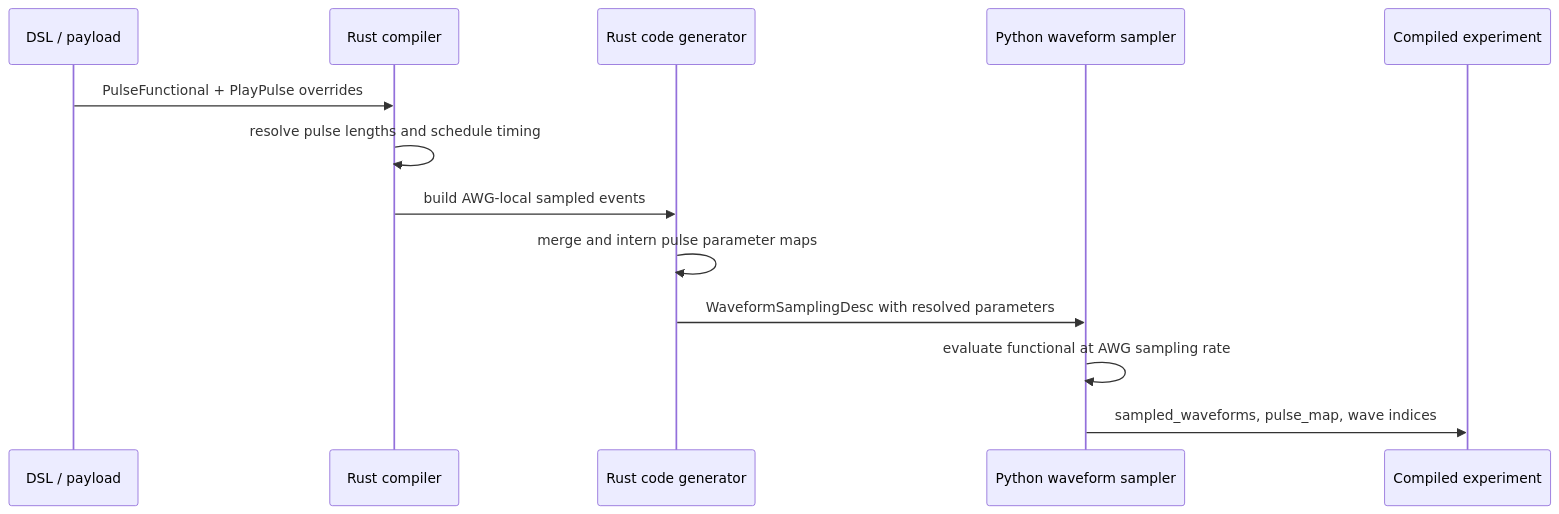
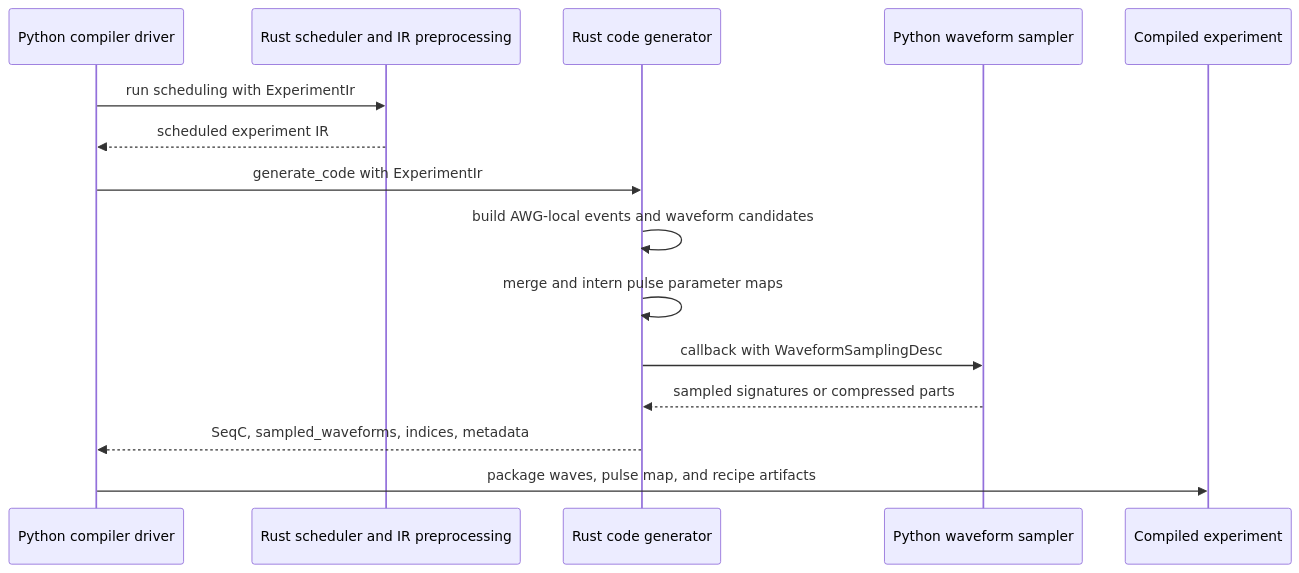
Before and after one commit to brianzi/laboneq-devguide: the third of 5 diagrams in docs/07b-pulse-functionals-and-sweeps.md, drawn with Mermaid. The commit also changed other lines of this file, not shown here.

Commit message:
Clarify pulse sampling compiler boundary

````diff
--- a/docs/07b-pulse-functionals-and-sweeps.md
+++ b/docs/07b-pulse-functionals-and-sweeps.md
@@ -108,15 +110,17 @@
 ```mermaid
 sequenceDiagram
-    participant DSL as DSL / payload
-    participant Rust as Rust compiler
-    participant CG as Rust code generator
-    participant Py as Python waveform sampler
+    participant PyOrch as Python compiler driver
+    participant RustSched as Rust scheduler and IR preprocessing
+    participant RustCG as Rust code generator
+    participant PySampler as Python waveform sampler
     participant Out as Compiled experiment
-    DSL->>Rust: PulseFunctional + PlayPulse overrides
-    Rust->>Rust: resolve pulse lengths and schedule timing
-    Rust->>CG: build AWG-local sampled events
-    CG->>CG: merge and intern pulse parameter maps
-    CG->>Py: WaveformSamplingDesc with resolved parameters
-    Py->>Py: evaluate functional at AWG sampling rate
-    Py->>Out: sampled_waveforms, pulse_map, wave indices
+    PyOrch->>RustSched: run scheduling with ExperimentIr
+    RustSched-->>PyOrch: scheduled experiment IR
+    PyOrch->>RustCG: generate_code with ExperimentIr
+    RustCG->>RustCG: build AWG-local events and waveform candidates
+    RustCG->>RustCG: merge and intern pulse parameter maps
+    RustCG->>PySampler: callback with WaveformSamplingDesc
+    PySampler-->>RustCG: sampled signatures or compressed parts
+    RustCG-->>PyOrch: SeqC, sampled_waveforms, indices, metadata
+    PyOrch->>Out: package waves, pulse map, and recipe artifacts
 ```
````
